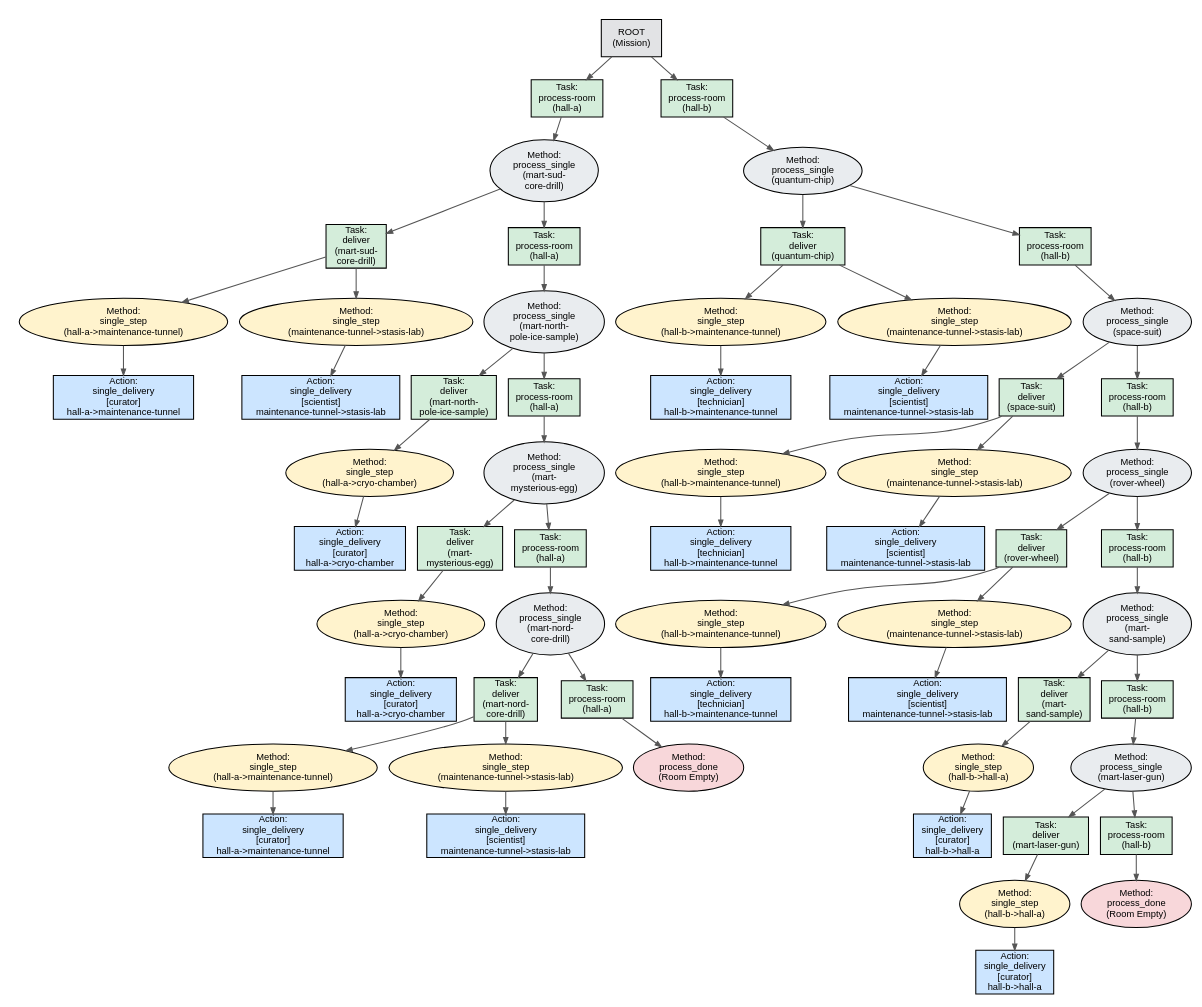
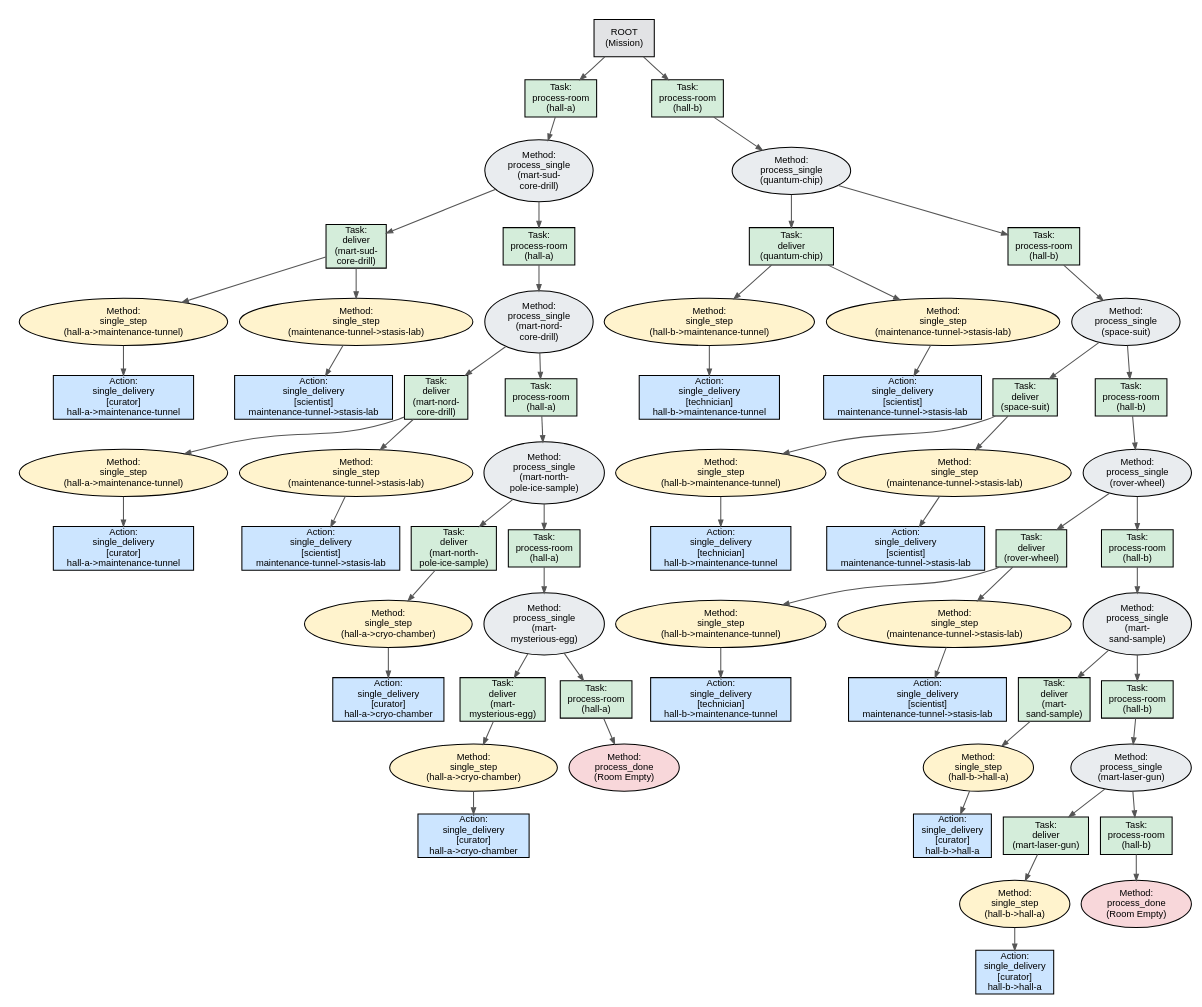
The diagram in 2.3/delivery_search/albero_a4.dot (matteogrisenti/Inter-Planet-Museumvault), drawn with Graphviz before and after one commit. The commit also changed 6 other files, not shown here.

```diff
--- a/2.3/delivery_search/albero_a4.dot
+++ b/2.3/delivery_search/albero_a4.dot
@@ -1,125 +1,125 @@
 digraph HierarchicalPlan {
-  rankdir="TB"; size="8.3,11.7!"; ratio="compress"; nodesep=0.15; ranksep=0.3; margin=0.0
+  rankdir="TB"; size="8.3,11.7!"; ratio="compress"; nodesep=0.15; ranksep=0.3;
   node [fontname="Helvetica", fontsize=9, style="filled", margin="0.05,0.02", width=0.8];
   edge [color="#555555", penwidth=1.0, arrowsize=0.6];
 
   N1 [label="ROOT\n(Mission)", shape="box", fillcolor="#e2e3e5"];
   N2 [label="Task:\nprocess-room\n(hall-a)", shape="box", fillcolor="#d4edda"];
   N1 -> N2;
   N3 [label="Method:\nprocess_single\n(mart-sud-\ncore-drill)", shape="ellipse", fillcolor="#e9ecef"];
   N2 -> N3;
   N4 [label="Task:\ndeliver\n(mart-sud-\ncore-drill)", shape="box", fillcolor="#d4edda"];
   N3 -> N4;
   N5 [label="Task:\nprocess-room\n(hall-a)", shape="box", fillcolor="#d4edda"];
   N3 -> N5;
   N6 [label="Method:\nsingle_step\n(hall-a->maintenance-tunnel)", shape="ellipse", fillcolor="#fff3cd"];
   N4 -> N6;
   N7 [label="Action:\nsingle_delivery\n[curator]\nhall-a->maintenance-tunnel", shape="box", fillcolor="#cce5ff"];
   N6 -> N7;
   N8 [label="Method:\nsingle_step\n(maintenance-tunnel->stasis-lab)", shape="ellipse", fillcolor="#fff3cd"];
   N4 -> N8;
   N9 [label="Action:\nsingle_delivery\n[scientist]\nmaintenance-tunnel->stasis-lab", shape="box", fillcolor="#cce5ff"];
   N8 -> N9;
-  N10 [label="Method:\nprocess_single\n(mart-north-\npole-ice-sample)", shape="ellipse", fillcolor="#e9ecef"];
+  N10 [label="Method:\nprocess_single\n(mart-nord-\ncore-drill)", shape="ellipse", fillcolor="#e9ecef"];
   N5 -> N10;
-  N11 [label="Task:\ndeliver\n(mart-north-\npole-ice-sample)", shape="box", fillcolor="#d4edda"];
+  N11 [label="Task:\ndeliver\n(mart-nord-\ncore-drill)", shape="box", fillcolor="#d4edda"];
   N10 -> N11;
   N12 [label="Task:\nprocess-room\n(hall-a)", shape="box", fillcolor="#d4edda"];
   N10 -> N12;
-  N13 [label="Method:\nsingle_step\n(hall-a->cryo-chamber)", shape="ellipse", fillcolor="#fff3cd"];
+  N13 [label="Method:\nsingle_step\n(hall-a->maintenance-tunnel)", shape="ellipse", fillcolor="#fff3cd"];
   N11 -> N13;
-  N14 [label="Action:\nsingle_delivery\n[curator]\nhall-a->cryo-chamber", shape="box", fillcolor="#cce5ff"];
+  N14 [label="Action:\nsingle_delivery\n[curator]\nhall-a->maintenance-tunnel", shape="box", fillcolor="#cce5ff"];
   N13 -> N14;
-  N15 [label="Method:\nprocess_single\n(mart-\nmysterious-egg)", shape="ellipse", fillcolor="#e9ecef"];
-  N12 -> N15;
-  N16 [label="Task:\ndeliver\n(mart-\nmysterious-egg)", shape="box", fillcolor="#d4edda"];
+  N15 [label="Method:\nsingle_step\n(maintenance-tunnel->stasis-lab)", shape="ellipse", fillcolor="#fff3cd"];
+  N11 -> N15;
+  N16 [label="Action:\nsingle_delivery\n[scientist]\nmaintenance-tunnel->stasis-lab", shape="box", fillcolor="#cce5ff"];
   N15 -> N16;
-  N17 [label="Task:\nprocess-room\n(hall-a)", shape="box", fillcolor="#d4edda"];
-  N15 -> N17;
-  N18 [label="Method:\nsingle_step\n(hall-a->cryo-chamber)", shape="ellipse", fillcolor="#fff3cd"];
-  N16 -> N18;
-  N19 [label="Action:\nsingle_delivery\n[curator]\nhall-a->cryo-chamber", shape="box", fillcolor="#cce5ff"];
-  N18 -> N19;
-  N20 [label="Method:\nprocess_single\n(mart-nord-\ncore-drill)", shape="ellipse", fillcolor="#e9ecef"];
-  N17 -> N20;
-  N21 [label="Task:\ndeliver\n(mart-nord-\ncore-drill)", shape="box", fillcolor="#d4edda"];
+  N17 [label="Method:\nprocess_single\n(mart-north-\npole-ice-sample)", shape="ellipse", fillcolor="#e9ecef"];
+  N12 -> N17;
+  N18 [label="Task:\ndeliver\n(mart-north-\npole-ice-sample)", shape="box", fillcolor="#d4edda"];
+  N17 -> N18;
+  N19 [label="Task:\nprocess-room\n(hall-a)", shape="box", fillcolor="#d4edda"];
+  N17 -> N19;
+  N20 [label="Method:\nsingle_step\n(hall-a->cryo-chamber)", shape="ellipse", fillcolor="#fff3cd"];
+  N18 -> N20;
+  N21 [label="Action:\nsingle_delivery\n[curator]\nhall-a->cryo-chamber", shape="box", fillcolor="#cce5ff"];
   N20 -> N21;
-  N22 [label="Task:\nprocess-room\n(hall-a)", shape="box", fillcolor="#d4edda"];
-  N20 -> N22;
-  N23 [label="Method:\nsingle_step\n(hall-a->maintenance-tunnel)", shape="ellipse", fillcolor="#fff3cd"];
-  N21 -> N23;
-  N24 [label="Action:\nsingle_delivery\n[curator]\nhall-a->maintenance-tunnel", shape="box", fillcolor="#cce5ff"];
-  N23 -> N24;
-  N25 [label="Method:\nsingle_step\n(maintenance-tunnel->stasis-lab)", shape="ellipse", fillcolor="#fff3cd"];
-  N21 -> N25;
-  N26 [label="Action:\nsingle_delivery\n[scientist]\nmaintenance-tunnel->stasis-lab", shape="box", fillcolor="#cce5ff"];
+  N22 [label="Method:\nprocess_single\n(mart-\nmysterious-egg)", shape="ellipse", fillcolor="#e9ecef"];
+  N19 -> N22;
+  N23 [label="Task:\ndeliver\n(mart-\nmysterious-egg)", shape="box", fillcolor="#d4edda"];
+  N22 -> N23;
+  N24 [label="Task:\nprocess-room\n(hall-a)", shape="box", fillcolor="#d4edda"];
+  N22 -> N24;
+  N25 [label="Method:\nsingle_step\n(hall-a->cryo-chamber)", shape="ellipse", fillcolor="#fff3cd"];
+  N23 -> N25;
+  N26 [label="Action:\nsingle_delivery\n[curator]\nhall-a->cryo-chamber", shape="box", fillcolor="#cce5ff"];
   N25 -> N26;
   N27 [label="Method:\nprocess_done\n(Room Empty)", shape="ellipse", fillcolor="#f8d7da"];
-  N22 -> N27;
+  N24 -> N27;
   N28 [label="Task:\nprocess-room\n(hall-b)", shape="box", fillcolor="#d4edda"];
   N1 -> N28;
   N29 [label="Method:\nprocess_single\n(quantum-chip)", shape="ellipse", fillcolor="#e9ecef"];
   N28 -> N29;
   N30 [label="Task:\ndeliver\n(quantum-chip)", shape="box", fillcolor="#d4edda"];
   N29 -> N30;
   N31 [label="Task:\nprocess-room\n(hall-b)", shape="box", fillcolor="#d4edda"];
   N29 -> N31;
   N32 [label="Method:\nsingle_step\n(hall-b->maintenance-tunnel)", shape="ellipse", fillcolor="#fff3cd"];
   N30 -> N32;
   N33 [label="Action:\nsingle_delivery\n[technician]\nhall-b->maintenance-tunnel", shape="box", fillcolor="#cce5ff"];
   N32 -> N33;
   N34 [label="Method:\nsingle_step\n(maintenance-tunnel->stasis-lab)", shape="ellipse", fillcolor="#fff3cd"];
   N30 -> N34;
   N35 [label="Action:\nsingle_delivery\n[scientist]\nmaintenance-tunnel->stasis-lab", shape="box", fillcolor="#cce5ff"];
   N34 -> N35;
   N36 [label="Method:\nprocess_single\n(space-suit)", shape="ellipse", fillcolor="#e9ecef"];
   N31 -> N36;
   N37 [label="Task:\ndeliver\n(space-suit)", shape="box", fillcolor="#d4edda"];
   N36 -> N37;
   N38 [label="Task:\nprocess-room\n(hall-b)", shape="box", fillcolor="#d4edda"];
   N36 -> N38;
   N39 [label="Method:\nsingle_step\n(hall-b->maintenance-tunnel)", shape="ellipse", fillcolor="#fff3cd"];
   N37 -> N39;
   N40 [label="Action:\nsingle_delivery\n[technician]\nhall-b->maintenance-tunnel", shape="box", fillcolor="#cce5ff"];
   N39 -> N40;
   N41 [label="Method:\nsingle_step\n(maintenance-tunnel->stasis-lab)", shape="ellipse", fillcolor="#fff3cd"];
   N37 -> N41;
   N42 [label="Action:\nsingle_delivery\n[scientist]\nmaintenance-tunnel->stasis-lab", shape="box", fillcolor="#cce5ff"];
   N41 -> N42;
   N43 [label="Method:\nprocess_single\n(rover-wheel)", shape="ellipse", fillcolor="#e9ecef"];
   N38 -> N43;
   N44 [label="Task:\ndeliver\n(rover-wheel)", shape="box", fillcolor="#d4edda"];
   N43 -> N44;
   N45 [label="Task:\nprocess-room\n(hall-b)", shape="box", fillcolor="#d4edda"];
   N43 -> N45;
   N46 [label="Method:\nsingle_step\n(hall-b->maintenance-tunnel)", shape="ellipse", fillcolor="#fff3cd"];
   N44 -> N46;
   N47 [label="Action:\nsingle_delivery\n[technician]\nhall-b->maintenance-tunnel", shape="box", fillcolor="#cce5ff"];
   N46 -> N47;
   N48 [label="Method:\nsingle_step\n(maintenance-tunnel->stasis-lab)", shape="ellipse", fillcolor="#fff3cd"];
   N44 -> N48;
   N49 [label="Action:\nsingle_delivery\n[scientist]\nmaintenance-tunnel->stasis-lab", shape="box", fillcolor="#cce5ff"];
   N48 -> N49;
   N50 [label="Method:\nprocess_single\n(mart-\nsand-sample)", shape="ellipse", fillcolor="#e9ecef"];
   N45 -> N50;
   N51 [label="Task:\ndeliver\n(mart-\nsand-sample)", shape="box", fillcolor="#d4edda"];
   N50 -> N51;
   N52 [label="Task:\nprocess-room\n(hall-b)", shape="box", fillcolor="#d4edda"];
   N50 -> N52;
   N53 [label="Method:\nsingle_step\n(hall-b->hall-a)", shape="ellipse", fillcolor="#fff3cd"];
   N51 -> N53;
   N54 [label="Action:\nsingle_delivery\n[curator]\nhall-b->hall-a", shape="box", fillcolor="#cce5ff"];
   N53 -> N54;
   N55 [label="Method:\nprocess_single\n(mart-laser-gun)", shape="ellipse", fillcolor="#e9ecef"];
   N52 -> N55;
   N56 [label="Task:\ndeliver\n(mart-laser-gun)", shape="box", fillcolor="#d4edda"];
   N55 -> N56;
   N57 [label="Task:\nprocess-room\n(hall-b)", shape="box", fillcolor="#d4edda"];
   N55 -> N57;
   N58 [label="Method:\nsingle_step\n(hall-b->hall-a)", shape="ellipse", fillcolor="#fff3cd"];
   N56 -> N58;
   N59 [label="Action:\nsingle_delivery\n[curator]\nhall-b->hall-a", shape="box", fillcolor="#cce5ff"];
   N58 -> N59;
   N60 [label="Method:\nprocess_done\n(Room Empty)", shape="ellipse", fillcolor="#f8d7da"];
   N57 -> N60;
 }
```
